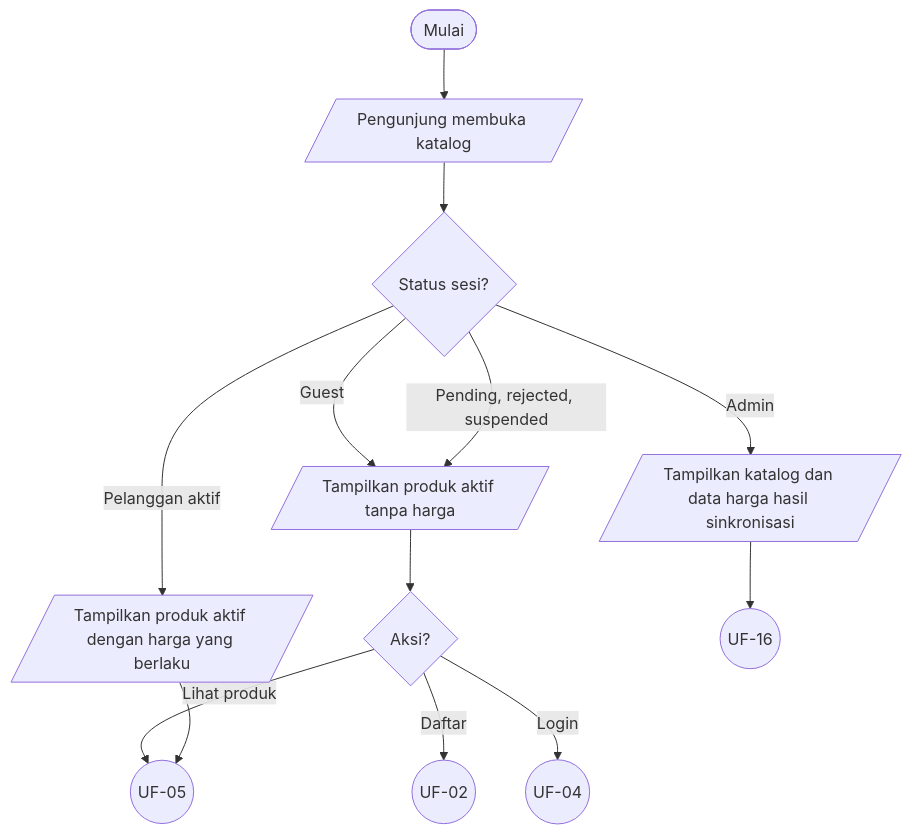
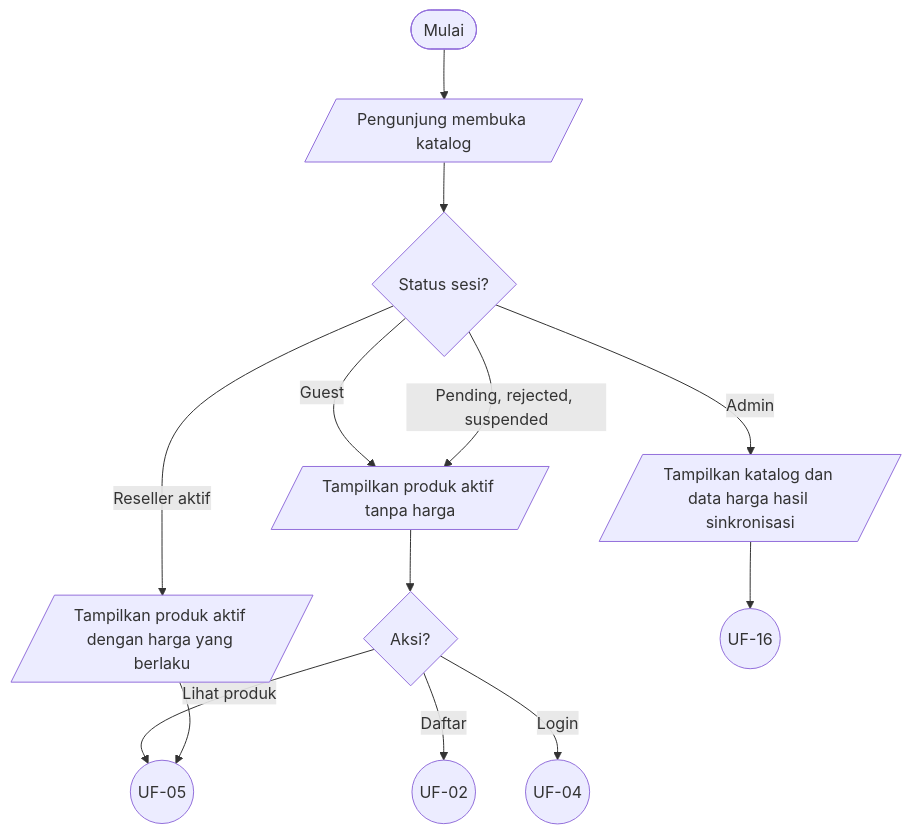
Before and after one commit to Webekspres/pixel-komunika: the first of 19 diagrams in docs/design/USER_FLOWS.md, drawn with Mermaid. The commit also changed other lines of this file and 9 other files, not shown here.

````diff
--- a/docs/design/USER_FLOWS.md
+++ b/docs/design/USER_FLOWS.md
@@ -76,20 +77,20 @@
 ```mermaid
 flowchart TD
     A(["Mulai"]) --> B[/"Pengunjung membuka katalog"/]
     B --> C{"Status sesi?"}
     C -->|Guest| D[/"Tampilkan produk aktif tanpa harga"/]
     C -->|Pending, rejected, suspended| D
-    C -->|Pelanggan aktif| E[/"Tampilkan produk aktif dengan harga yang berlaku"/]
+    C -->|Reseller aktif| E[/"Tampilkan produk aktif dengan harga yang berlaku"/]
     C -->|Admin| F[/"Tampilkan katalog dan data harga hasil sinkronisasi"/]
     D --> G{"Aksi?"}
     G -->|Lihat produk| C_UF05((UF-05))
     G -->|Daftar| C_UF02((UF-02))
     G -->|Login| C_UF04((UF-04))
     E --> C_UF05
     F --> C_UF16((UF-16))
 
     click C_UF02 "#uf-02-registrasi-pelanggan"
     click C_UF04 "#uf-04-login-dan-routing-akses"
     click C_UF05 "#uf-05-detail-produk-dan-cart"
     click C_UF16 "#uf-16-enrichment-dan-visibilitas-produk"
 ```
````
